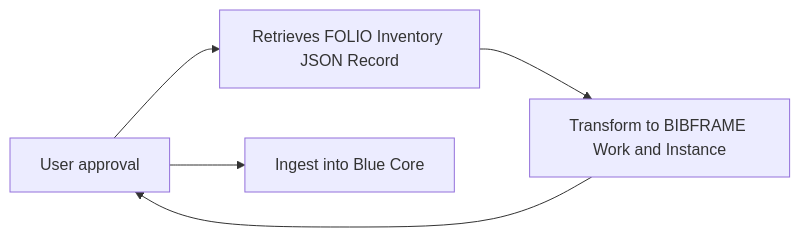
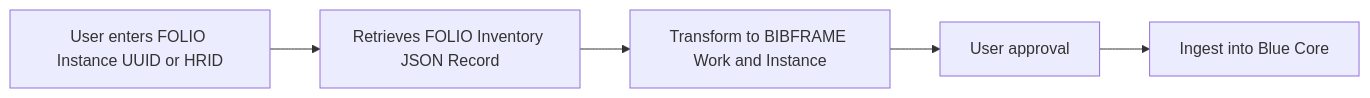
The diagram in README.md (jermnelson/tech-services-ai-workflow), drawn with Mermaid before and after one commit.

Commit message:
Update workflow diagram user prompt label

````diff
--- a/README.md
+++ b/README.md
@@ -25,7 +25,7 @@
 ```mermaid
 flowchart LR
-   USER[User enters FOLIO Instance UUID or HRID] --> FOLIO[Retrieves FOLIO Inventory JSON Record]
+   PROMPT[User enters FOLIO Instance UUID or HRID] --> FOLIO[Retrieves FOLIO Inventory JSON Record]
    FOLIO --> BFTRANSFORM[Transform to BIBFRAME Work and Instance]
    BFTRANSFORM --> USER[User approval]
    USER --> BC_MCP[Ingest into Blue Core]
 ```
````
